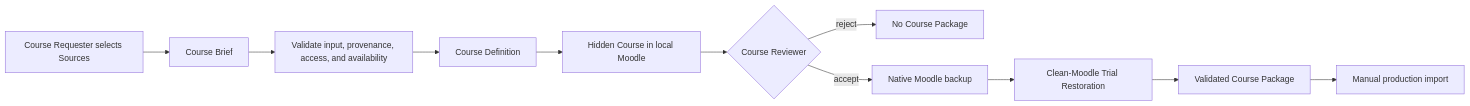
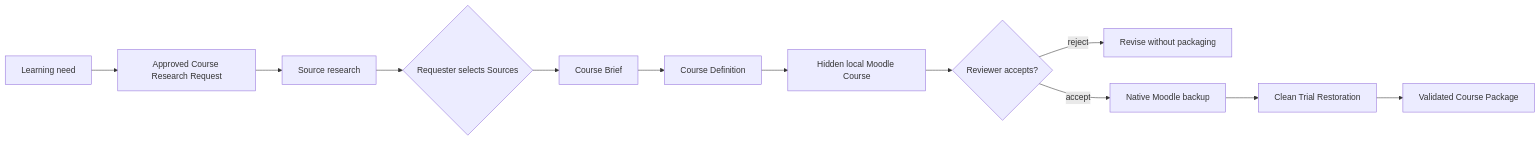
Before and after one commit to fusionAIx-TechPack/LMS01-fx-learning-agent: the diagram in README.md, drawn with Mermaid. The commit also changed other lines of this file and 1 other file, not shown here.

Commit message:
Update README and add usage guide for `create-course` skill

````diff
--- a/README.md
+++ b/README.md
@@ -11,13 +100,14 @@
 ```mermaid
 flowchart LR
-    A[Course Requester selects Sources] --> B[Course Brief]
-    B --> C[Validate input, provenance, access, and availability]
-    C --> D[Course Definition]
-    D --> E[Hidden Course in local Moodle]
-    E --> F{Course Reviewer}
-    F -->|reject| G[No Course Package]
-    F -->|accept| H[Native Moodle backup]
-    H --> I[Clean-Moodle Trial Restoration]
-    I --> J[Validated Course Package]
-    J --> K[Manual production import]
+    A[Learning need] --> B[Approved Course Research Request]
+    B --> C[Source research]
+    C --> D{Requester selects Sources}
+    D --> E[Course Brief]
+    E --> F[Course Definition]
+    F --> G[Hidden local Moodle Course]
+    G --> H{Reviewer accepts?}
+    H -->|reject| I[Revise without packaging]
+    H -->|accept| J[Native Moodle backup]
+    J --> K[Clean Trial Restoration]
+    K --> L[Validated Course Package]
 ```
````
